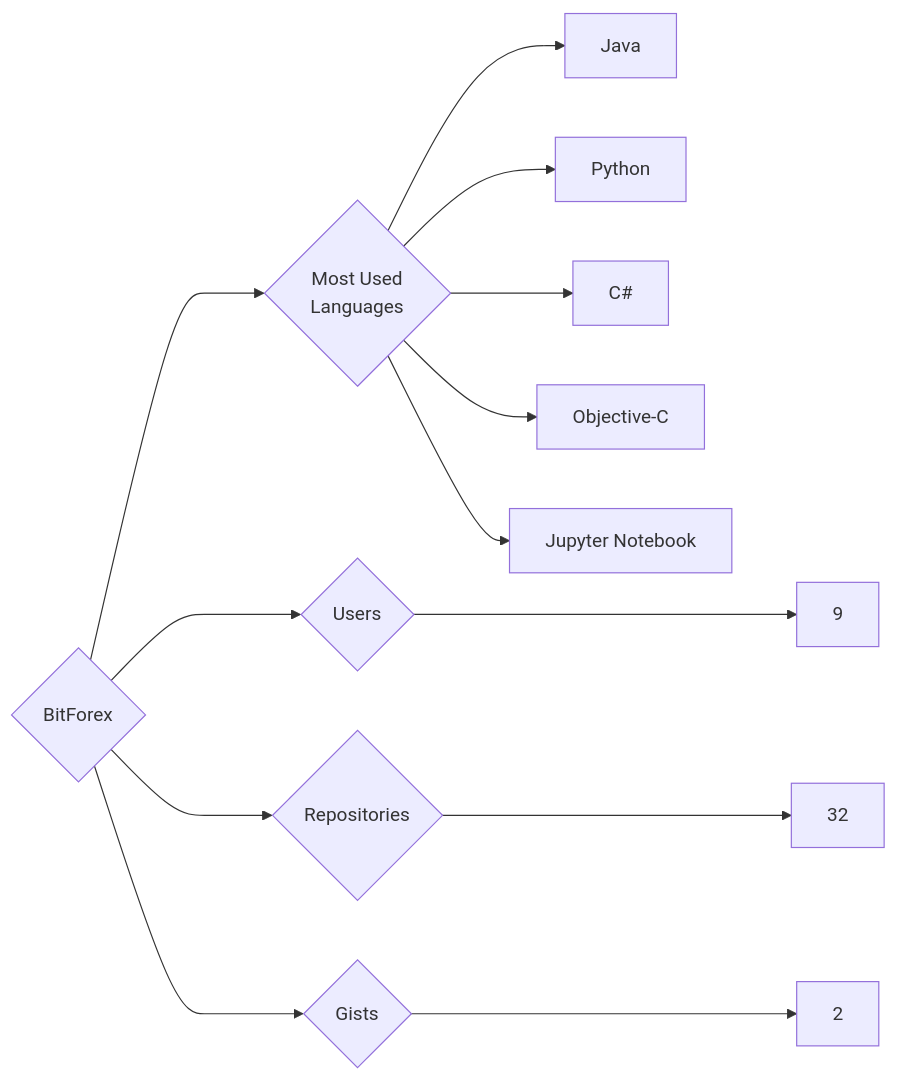
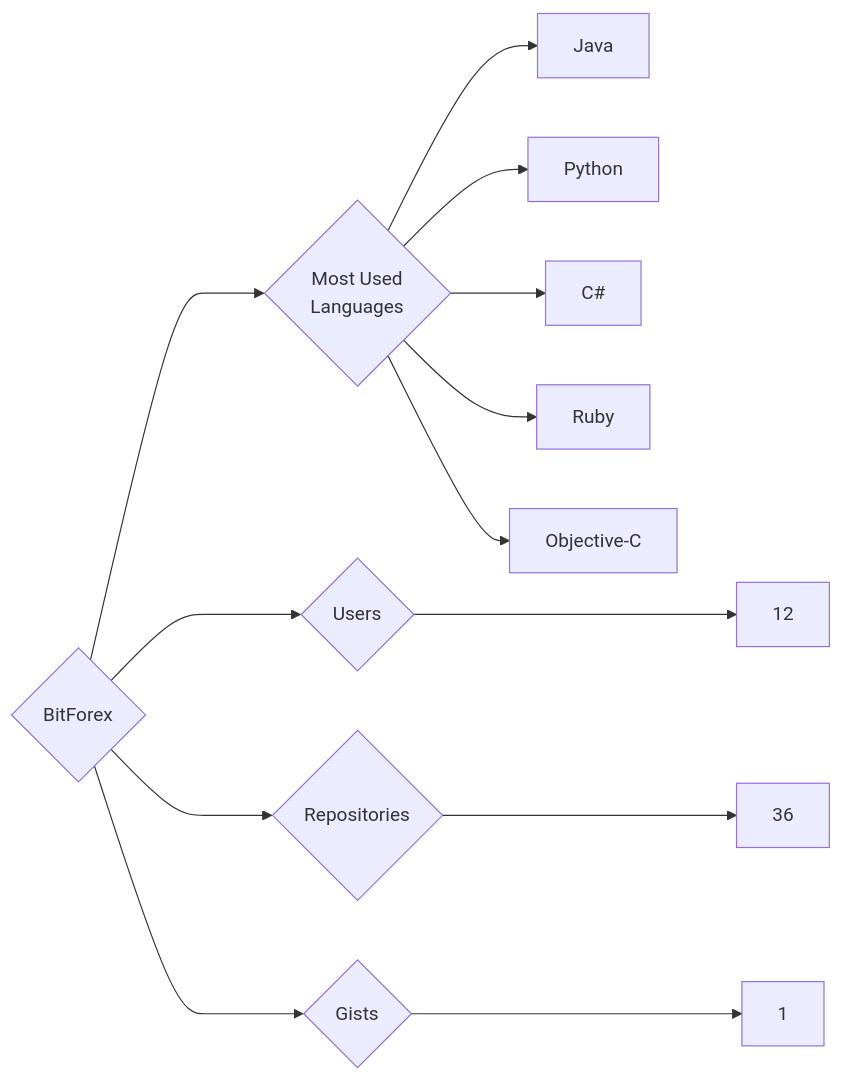
One commit to trickest/insiders changed the diagram in targets/BitForex/README.md. Above: the diagram before and after it, drawn with Mermaid. The commit also changed 840 other files, not shown here.

````diff
--- a/targets/BitForex/README.md
+++ b/targets/BitForex/README.md
@@ -3,13 +3,13 @@
 ```mermaid
 graph LR
 COMPANY_NAME{BitForex}
-COMPANY_NAME ---> U{Users} ---> UN[9]
-COMPANY_NAME ---> R{Repositories} ---> RN[32]
-COMPANY_NAME ---> G{Gists} ---> GN[2]
+COMPANY_NAME ---> U{Users} ---> UN[12]
+COMPANY_NAME ---> R{Repositories} ---> RN[36]
+COMPANY_NAME ---> G{Gists} ---> GN[1]
 COMPANY_NAME ---> ML{Most Used<br>Languages}
 ML --> Java[Java]
 ML --> Python[Python]
 ML --> C#[C#]
+ML --> Ruby[Ruby]
 ML --> Objective-C[Objective-C]
-ML --> Jupyter_Notebook[Jupyter Notebook]
 ```
````
